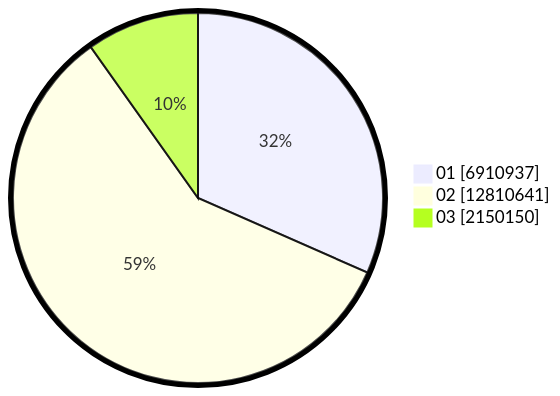
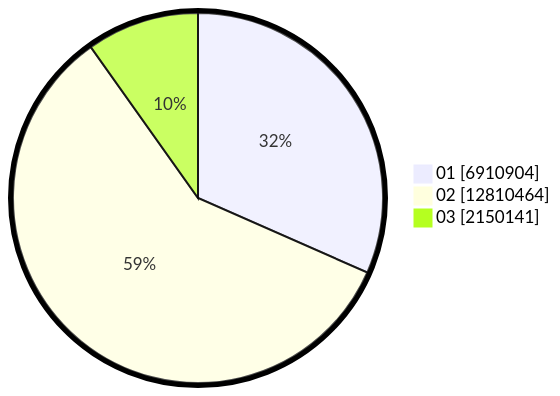
Before and after one commit to gigit-pemilu/pemilu-2024: the second of 2 diagrams in pilpres/hitung-suara/sub/table-wilayah-32.md, drawn with Mermaid. The commit also changed other lines of this file and 5 other files, not shown here.

````diff
--- a/pilpres/hitung-suara/sub/table-wilayah-32.md
+++ b/pilpres/hitung-suara/sub/table-wilayah-32.md
@@ -15,7 +15,7 @@
 ```mermaid
 %%{init: {"pie": {"textPosition": 0.5}, "themeVariables": {"pieOuterStrokeWidth": "5px"}} }%%
 pie showData
-    "01" : 6910937
-    "02" : 12810641
-    "03" : 2150150
+    "01" : 6910904
+    "02" : 12810464
+    "03" : 2150141
 ```
````
